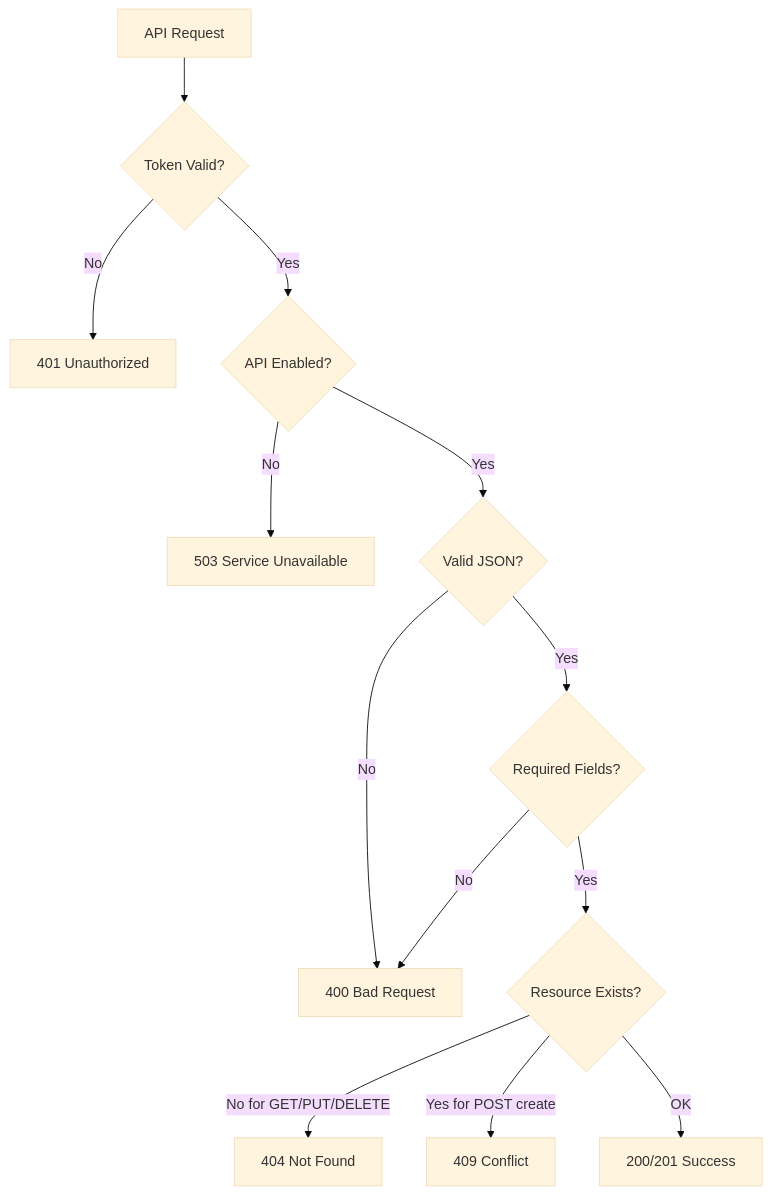
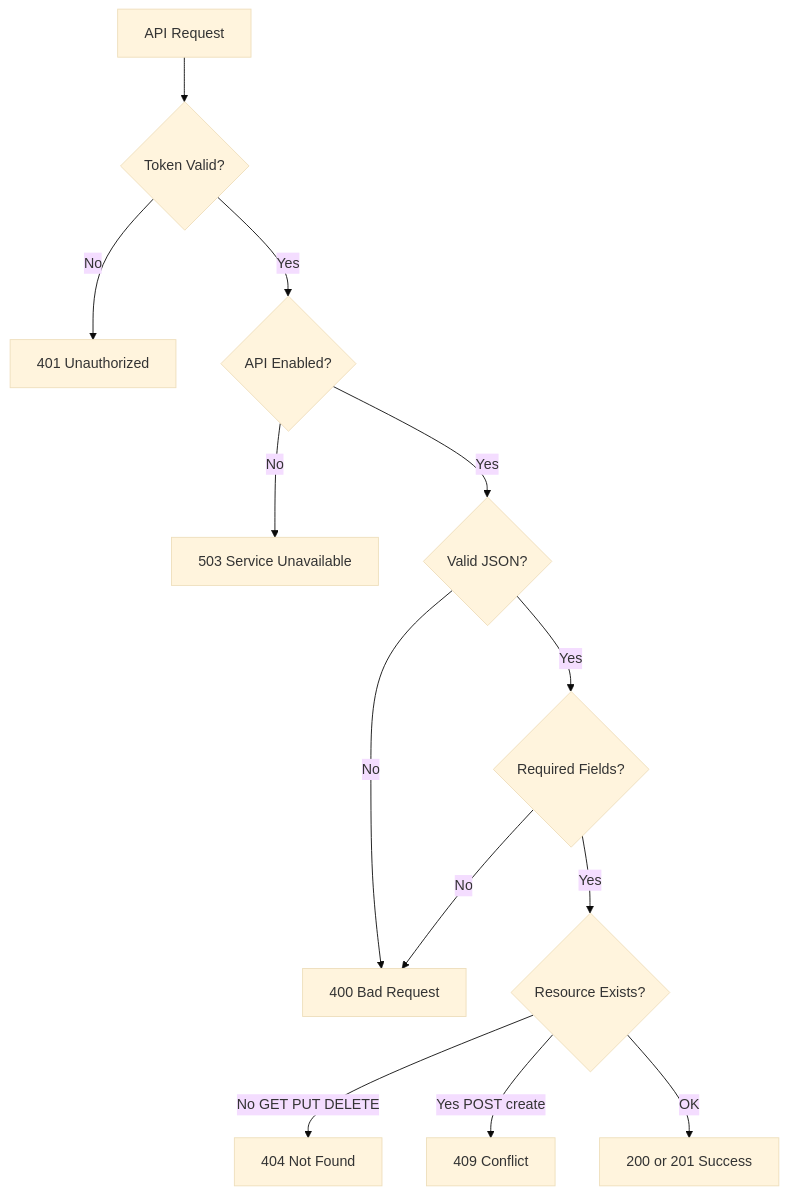
The seventh of 11 diagrams in docs/SvxReflector_Admin_API_Reference.md (chakphanu/svxlink), drawn with Mermaid (base theme) before and after one commit. The commit also changed other lines of this file, not shown here.

First line of the commit message:
Fix Mermaid diagram syntax in API docs

````diff
--- a/docs/SvxReflector_Admin_API_Reference.md
+++ b/docs/SvxReflector_Admin_API_Reference.md
@@ -974,15 +974,15 @@
 ```mermaid
 flowchart TD
     A[API Request] --> B{Token Valid?}
     B -->|No| C[401 Unauthorized]
     B -->|Yes| D{API Enabled?}
     D -->|No| E[503 Service Unavailable]
     D -->|Yes| F{Valid JSON?}
     F -->|No| G[400 Bad Request]
     F -->|Yes| H{Required Fields?}
     H -->|No| G
     H -->|Yes| I{Resource Exists?}
-    I -->|No for GET/PUT/DELETE| J[404 Not Found]
-    I -->|Yes for POST create| K[409 Conflict]
-    I -->|OK| L[200/201 Success]
+    I -->|No GET PUT DELETE| J[404 Not Found]
+    I -->|Yes POST create| K[409 Conflict]
+    I -->|OK| L[200 or 201 Success]
 ```
````
